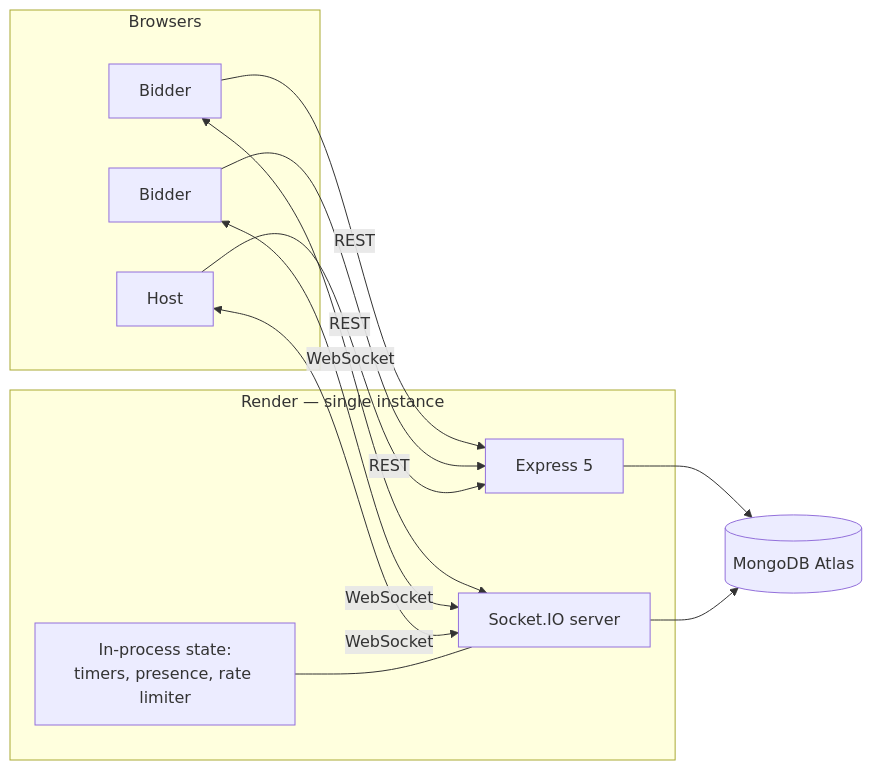
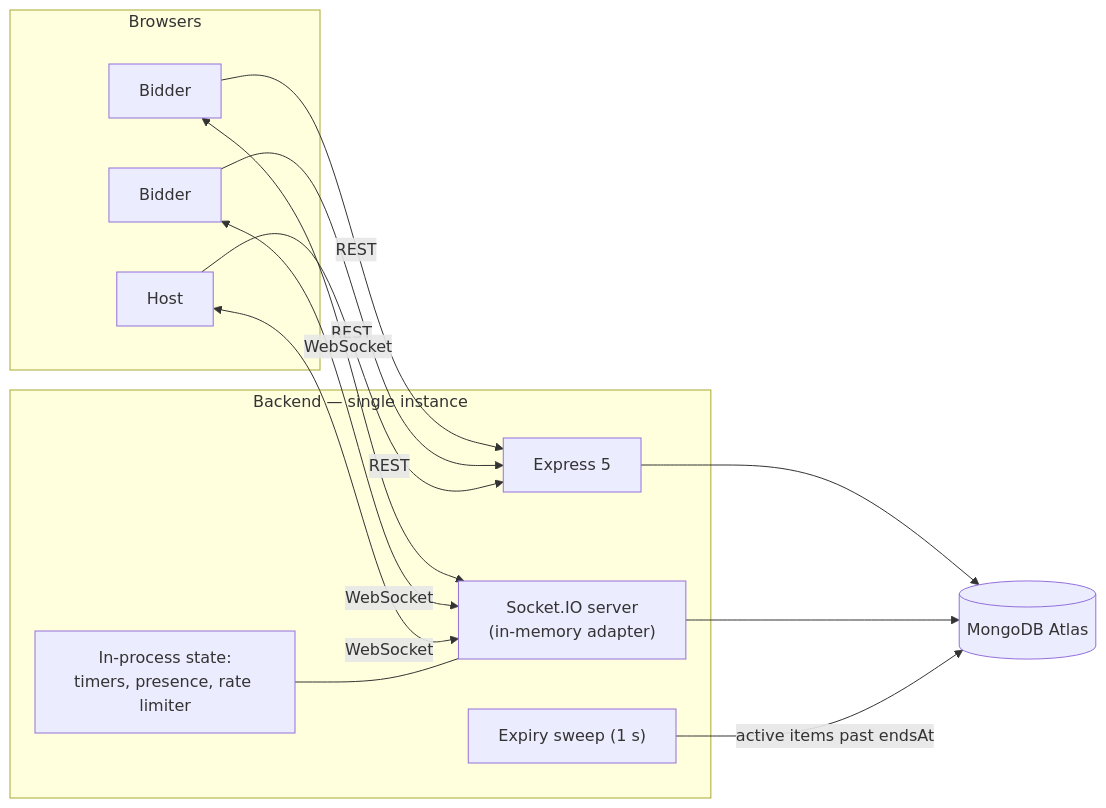
The diagram in SCALING.md (2arnav4/Gavel), drawn with Mermaid before and after one commit. The commit also changed other lines of this file and 3 other files, not shown here.

First line of the commit message:
Document the event version, bid ids, expiry sweep and optional Redis

````diff
--- a/SCALING.md
+++ b/SCALING.md
@@ -14,22 +14,24 @@
 ```mermaid
 flowchart LR
   subgraph Browsers
     B1["Bidder"]
     B2["Bidder"]
     H1["Host"]
   end
 
-  subgraph Render ["Render — single instance"]
+  subgraph Backend ["Backend — single instance"]
     EX["Express 5"]
-    IO["Socket.IO server"]
+    IO["Socket.IO server<br/>(in-memory adapter)"]
     MEM["In-process state:<br/>timers, presence, rate limiter"]
+    SW["Expiry sweep (1 s)"]
   end
 
   ATLAS[("MongoDB Atlas")]
 
   B1 & B2 & H1 -->|"REST"| EX
   B1 & B2 & H1 <-->|"WebSocket"| IO
   EX --> ATLAS
   IO --> ATLAS
+  SW -->|"active items past endsAt"| ATLAS
   MEM --- IO
 ```
````
